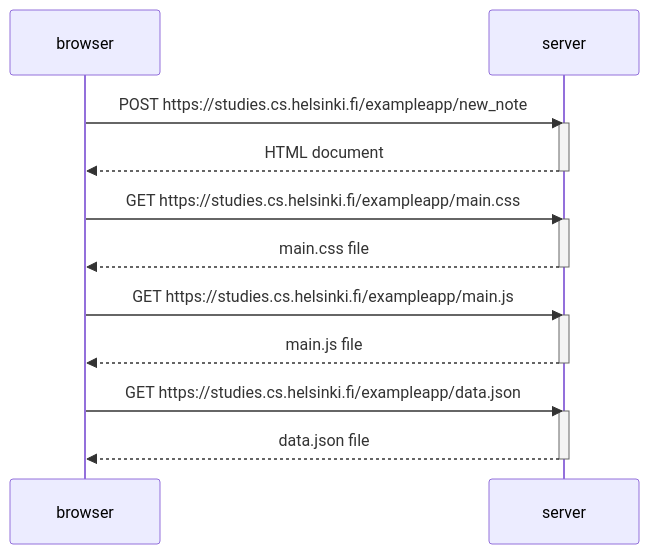
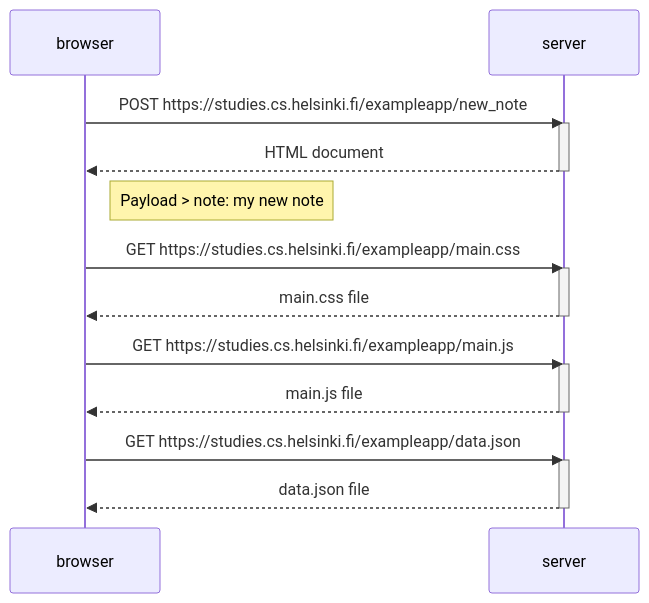
One commit to davidpacco/fullstack-open changed the diagram in part0/new-note-diagram.md. Above: the diagram before and after it, drawn with Mermaid.

Commit message:
Update new note diagram

````diff
--- a/part0/new-note-diagram.md
+++ b/part0/new-note-diagram.md
@@ -1,25 +1,26 @@
 ```mermaid
   sequenceDiagram
     participant browser
     participant server
 
     browser->>server: POST https://studies.cs.helsinki.fi/exampleapp/new_note
     activate server
     server-->>browser: HTML document
     deactivate server
+    Note right of browser: Payload > note: my new note
 
     browser->>server: GET https://studies.cs.helsinki.fi/exampleapp/main.css
     activate server
     server-->>browser: main.css file
     deactivate server
 
     browser->>server: GET https://studies.cs.helsinki.fi/exampleapp/main.js
     activate server
     server-->>browser: main.js file
     deactivate server
 
     browser->>server: GET https://studies.cs.helsinki.fi/exampleapp/data.json
     activate server
     server-->>browser: data.json file
     deactivate server
 ```
````
